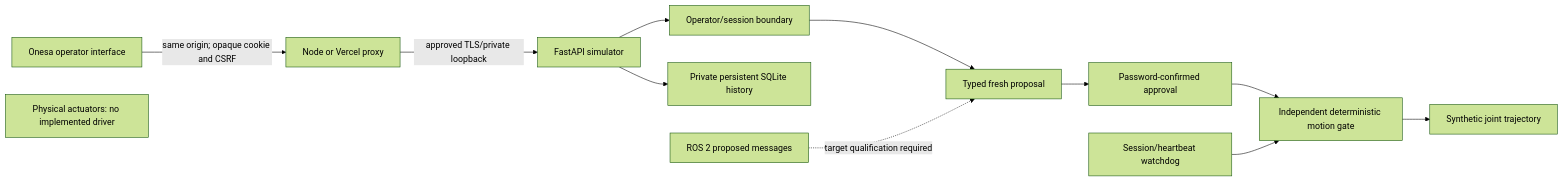
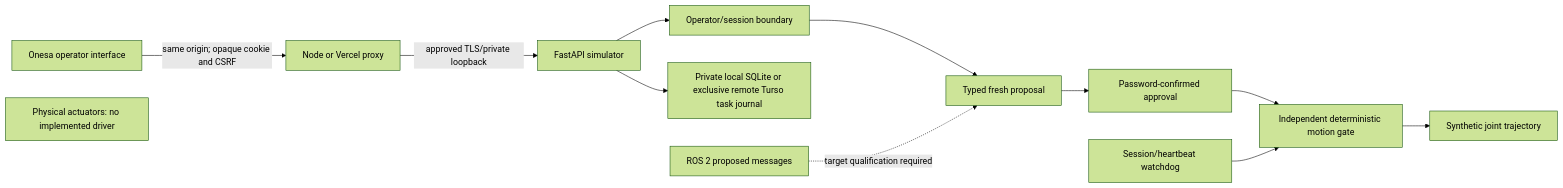
One commit to DruHustle/onesa-ai-robot changed the first of 2 diagrams in docs/engineering/SIMULATION_ARCHITECTURE.md. Above: the diagram before and after it, drawn with Mermaid (forest theme). The commit also changed other lines of this file and 38 other files, not shown here.

````diff
--- a/docs/engineering/SIMULATION_ARCHITECTURE.md
+++ b/docs/engineering/SIMULATION_ARCHITECTURE.md
@@ -3,14 +3,14 @@
 ```mermaid
 flowchart LR
  Browser[Onesa operator interface] -->|same origin; opaque cookie and CSRF| Frontend[Node or Vercel proxy]
  Frontend -->|approved TLS/private loopback| API[FastAPI simulator]
  API --> Auth[Operator/session boundary]
  Auth --> Proposal[Typed fresh proposal]
  Proposal --> Approval[Password-confirmed approval]
  Approval --> Gate[Independent deterministic motion gate]
  Gate --> Simulation[Synthetic joint trajectory]
  Watchdog[Session/heartbeat watchdog] --> Gate
- API --> DB[Private persistent SQLite history]
+ API --> DB[Private local SQLite or exclusive remote Turso task journal]
  ROS[ROS 2 proposed messages] -. target qualification required .-> Proposal
  Hardware[Physical actuators: no implemented driver]
 ```
````
